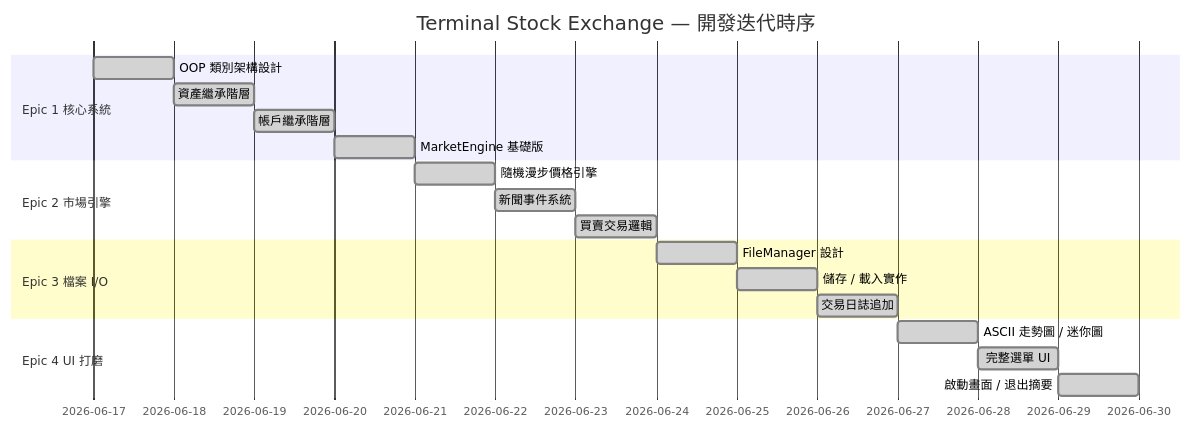
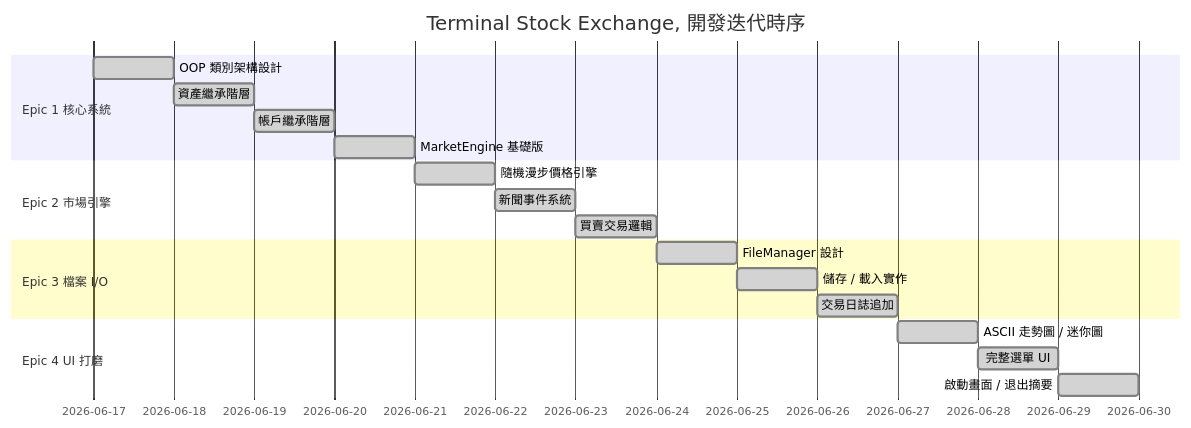
The first of 2 diagrams in DEVELOPMENT.md (mendresvon/Terminal-Stock-Exchange), drawn with Mermaid before and after one commit. The commit also changed other lines of this file and 4 other files, not shown here.

Commit message:
docs: revise architecture and development notes

````diff
--- a/DEVELOPMENT.md
+++ b/DEVELOPMENT.md
@@ -215,22 +215,22 @@
 ```mermaid
 gantt
-    title Terminal Stock Exchange — 開發迭代時序
+    title Terminal Stock Exchange, 開發迭代時序
     dateFormat  YYYY-MM-DD
     section Epic 1 核心系統
     OOP 類別架構設計          :done, e1a, 2026-06-17, 1d
     資產繼承階層               :done, e1b, after e1a, 1d
     帳戶繼承階層               :done, e1c, after e1b, 1d
     MarketEngine 基礎版        :done, e1d, after e1c, 1d
     section Epic 2 市場引擎
     隨機漫步價格引擎            :done, e2a, after e1d, 1d
     新聞事件系統               :done, e2b, after e2a, 1d
     買賣交易邏輯               :done, e2c, after e2b, 1d
     section Epic 3 檔案 I/O
     FileManager 設計           :done, e3a, after e2c, 1d
     儲存 / 載入實作             :done, e3b, after e3a, 1d
     交易日誌追加               :done, e3c, after e3b, 1d
     section Epic 4 UI 打磨
     ASCII 走勢圖 / 迷你圖        :done, e4a, after e3c, 1d
     完整選單 UI                :done, e4b, after e4a, 1d
     啟動畫面 / 退出摘要          :done, e4c, after e4b, 1d
 ```
````
